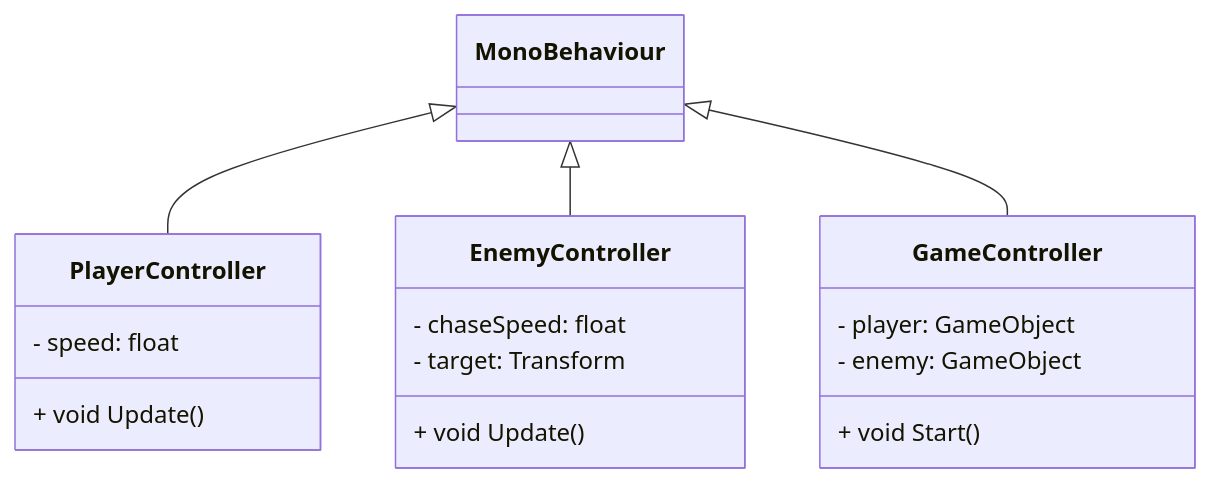
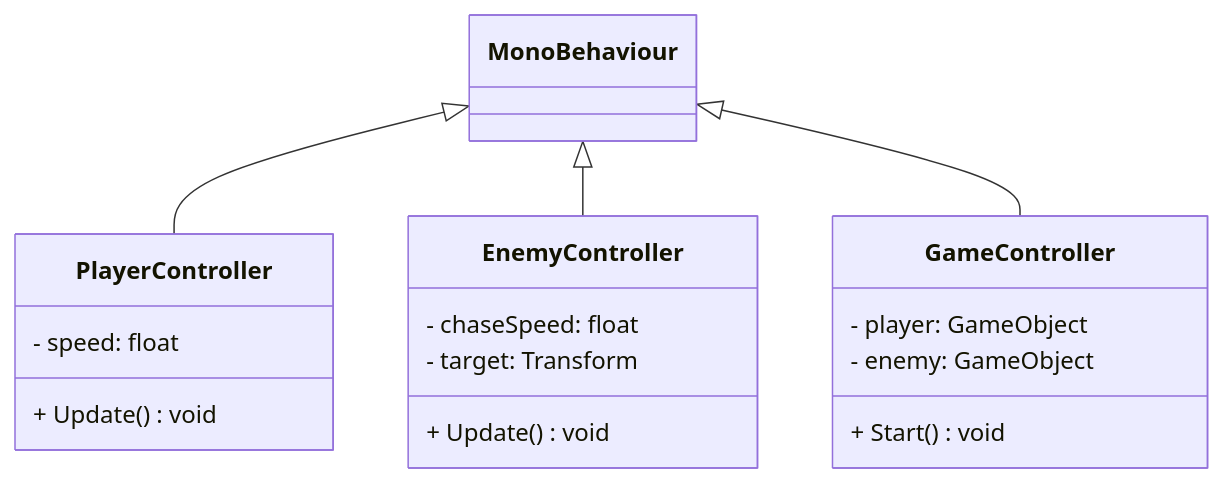
The diagram in README.md (4ahmns-sosem-2324/11-mermaid-mhuber), drawn with Mermaid before and after one commit.

````diff
--- a/README.md
+++ b/README.md
@@ -3,22 +3,22 @@
 ```mermaid
 classDiagram
     MonoBehaviour <|-- PlayerController
     MonoBehaviour <|-- EnemyController
     MonoBehaviour <|-- GameController
  
     class GameController {
         - player: GameObject
         - enemy: GameObject 
-        + void Start()
+        + Start()void 
     }
     class PlayerController {
         - speed: float 
-        + void Update()
+        + Update()void 
     }
  
     class EnemyController {
         - chaseSpeed: float 
         - target: Transform 
-        + void Update()
+        + Update()void 
     }
 ```
````
